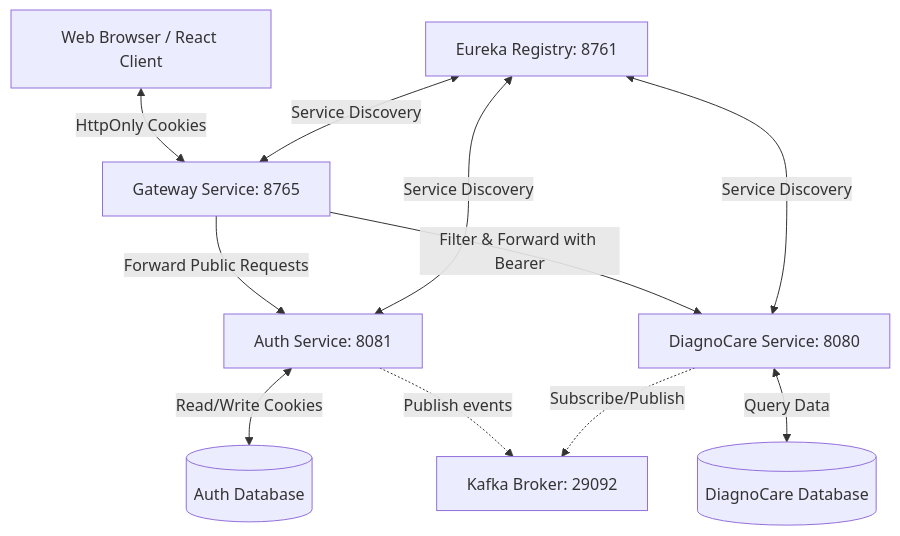
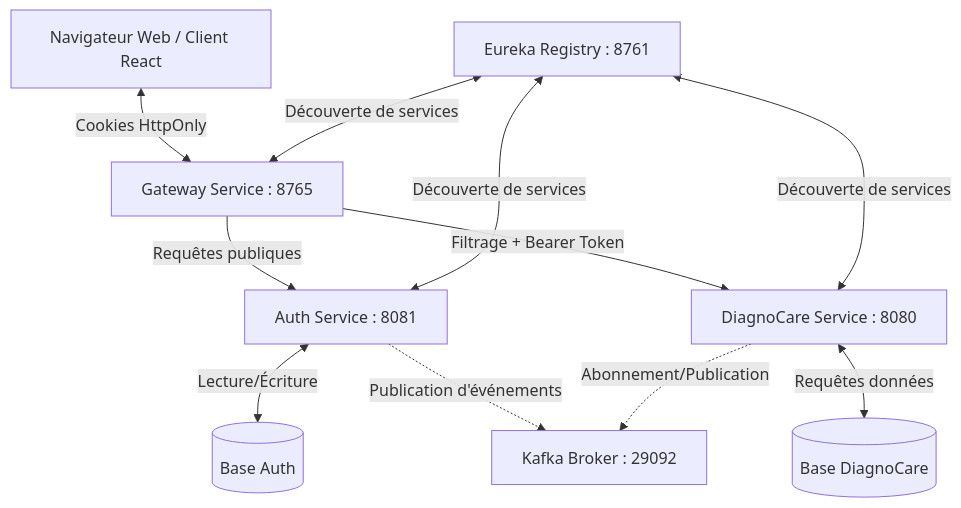
One commit to ousseynoukone/diagnocare-microservies-v2 changed the diagram in README.md. Above: the diagram before and after it, drawn with Mermaid. The commit also changed other lines of this file, not shown here.

````diff
--- a/README.md
+++ b/README.md
@@ -9,17 +9,17 @@
 ```mermaid
 graph TD
-    Browser[Web Browser / React Client] <-->|HttpOnly Cookies| Gateway[Gateway Service: 8765]
+    Browser[Navigateur Web / Client React] <-->|Cookies HttpOnly| Gateway[Gateway Service : 8765]
     
-    Gateway -->|Forward Public Requests| AuthService[Auth Service: 8081]
-    Gateway -->|Filter & Forward with Bearer| DiagnoService[DiagnoCare Service: 8080]
+    Gateway -->|Requêtes publiques| AuthService[Auth Service : 8081]
+    Gateway -->|Filtrage + Bearer Token| DiagnoService[DiagnoCare Service : 8080]
     
-    AuthService <-->|Read/Write Cookies| AuthDB[(Auth Database)]
-    DiagnoService <-->|Query Data| DiagnoDB[(DiagnoCare Database)]
+    AuthService <-->|Lecture/Écriture| AuthDB[(Base Auth)]
+    DiagnoService <-->|Requêtes données| DiagnoDB[(Base DiagnoCare)]
     
-    AuthService -.->|Publish events| Kafka[Kafka Broker: 29092]
-    DiagnoService -.->|Subscribe/Publish| Kafka
+    AuthService -.->|Publication d'événements| Kafka[Kafka Broker : 29092]
+    DiagnoService -.->|Abonnement/Publication| Kafka
     
-    Registry[Eureka Registry: 8761] <-->|Service Discovery| Gateway
-    Registry <-->|Service Discovery| AuthService
-    Registry <-->|Service Discovery| DiagnoService
+    Registry[Eureka Registry : 8761] <-->|Découverte de services| Gateway
+    Registry <-->|Découverte de services| AuthService
+    Registry <-->|Découverte de services| DiagnoService
 ```
````
